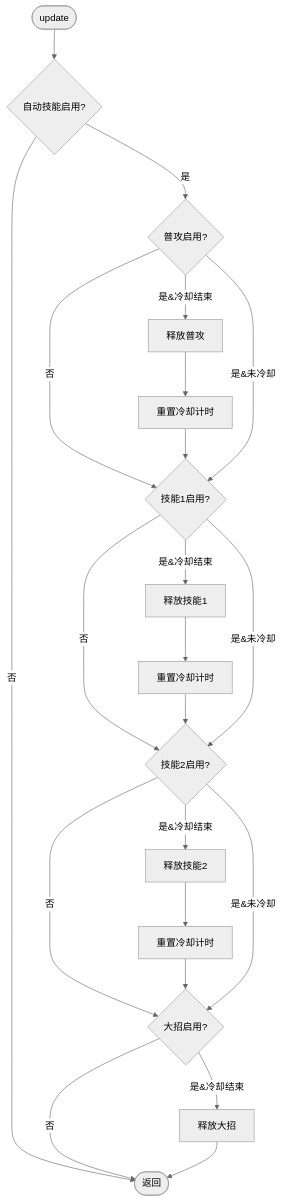
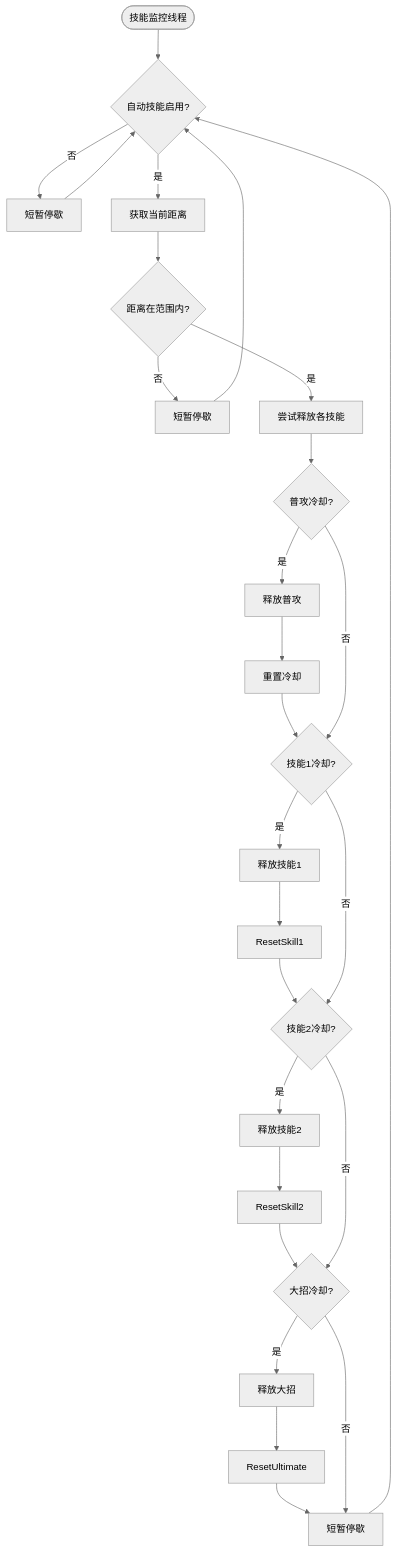
The sixth of 10 diagrams in .qoder/repowiki/zh/content/任务系统/自动战斗任务.md (xsy098-max/ok-jump), drawn with Mermaid (neutral theme) before and after one commit. The commit also changed other lines of this file and 22 other files, not shown here.

````diff
--- a/.qoder/repowiki/zh/content/任务系统/自动战斗任务.md
+++ b/.qoder/repowiki/zh/content/任务系统/自动战斗任务.md
@@ -258,24 +278,21 @@
 ```mermaid
 flowchart TD
-Start([update]) --> Enabled{"自动技能启用?"}
-Enabled --> |否| End([返回])
-Enabled --> |是| Attack{"普攻启用?"}
-Attack --> |是&冷却结束| DoA["释放普攻"]
-Attack --> |否| Skill1
-DoA --> Next1["重置冷却计时"] --> Skill1
-Attack --> |是&未冷却| Skill1
-Skill1{"技能1启用?"}
-Skill1 --> |是&冷却结束| DoS1["释放技能1"]
-Skill1 --> |否| Skill2
-DoS1 --> Next2["重置冷却计时"] --> Skill2
-Skill1 --> |是&未冷却| Skill2
-Skill2{"技能2启用?"}
-Skill2 --> |是&冷却结束| DoS2["释放技能2"]
-Skill2 --> |否| Ultimate
-DoS2 --> Next3["重置冷却计时"] --> Ultimate
-Skill2 --> |是&未冷却| Ultimate
-Ultimate{"大招启用?"}
-Ultimate --> |是&冷却结束| DoU["释放大招"]
-Ultimate --> |否| End
-DoU --> End
+Start([技能监控线程]) --> Enabled{"自动技能启用?"}
+Enabled --> |否| Sleep["短暂停歇"] --> Enabled
+Enabled --> |是| GetDistance["获取当前距离"]
+GetDistance --> InRange{"距离在范围内?"}
+InRange --> |否| Sleep2["短暂停歇"] --> Enabled
+InRange --> |是| TrySkills["尝试释放各技能"]
+TrySkills --> CheckAttack{"普攻冷却?"}
+CheckAttack --> |是| DoAttack["释放普攻"] --> ResetAttack["重置冷却"] --> CheckSkill1
+CheckAttack --> |否| CheckSkill1
+CheckSkill1{"技能1冷却?"}
+CheckSkill1 --> |是| DoSkill1["释放技能1"] --> ResetSkill1 --> CheckSkill2
+CheckSkill1 --> |否| CheckSkill2
+CheckSkill2{"技能2冷却?"}
+CheckSkill2 --> |是| DoSkill2["释放技能2"] --> ResetSkill2 --> CheckUltimate
+CheckSkill2 --> |否| CheckUltimate
+CheckUltimate{"大招冷却?"}
+CheckUltimate --> |是| DoUltimate["释放大招"] --> ResetUltimate --> Sleep3
+CheckUltimate --> |否| Sleep3["短暂停歇"] --> Enabled
 ```
````
